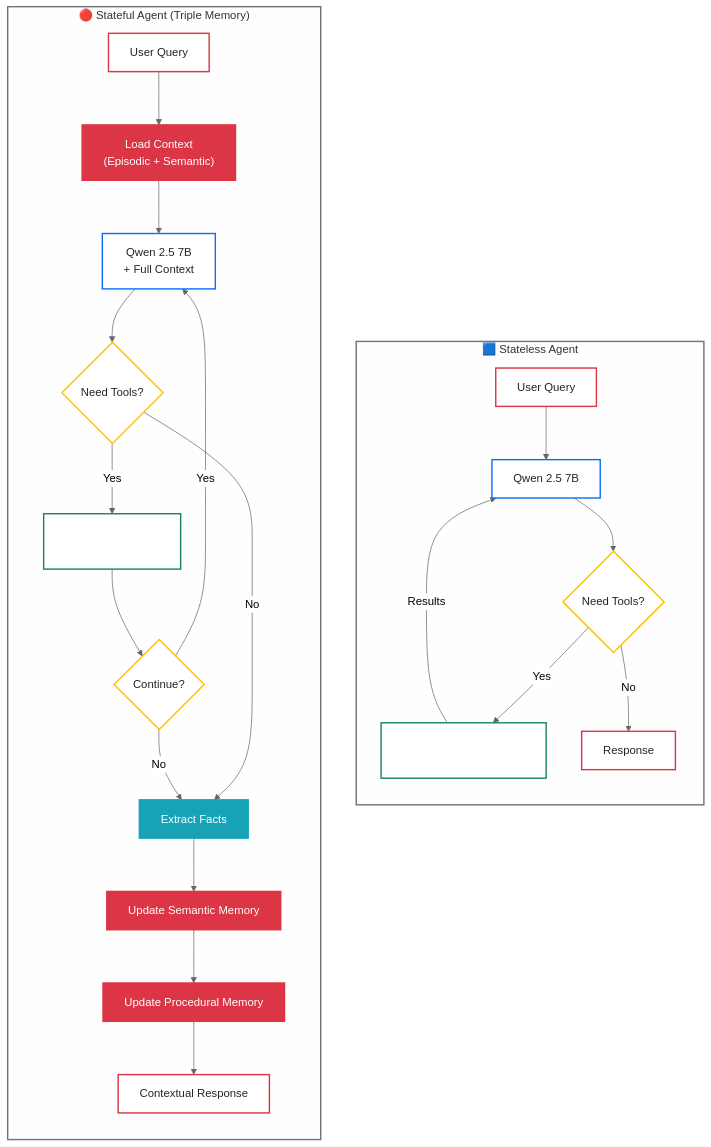
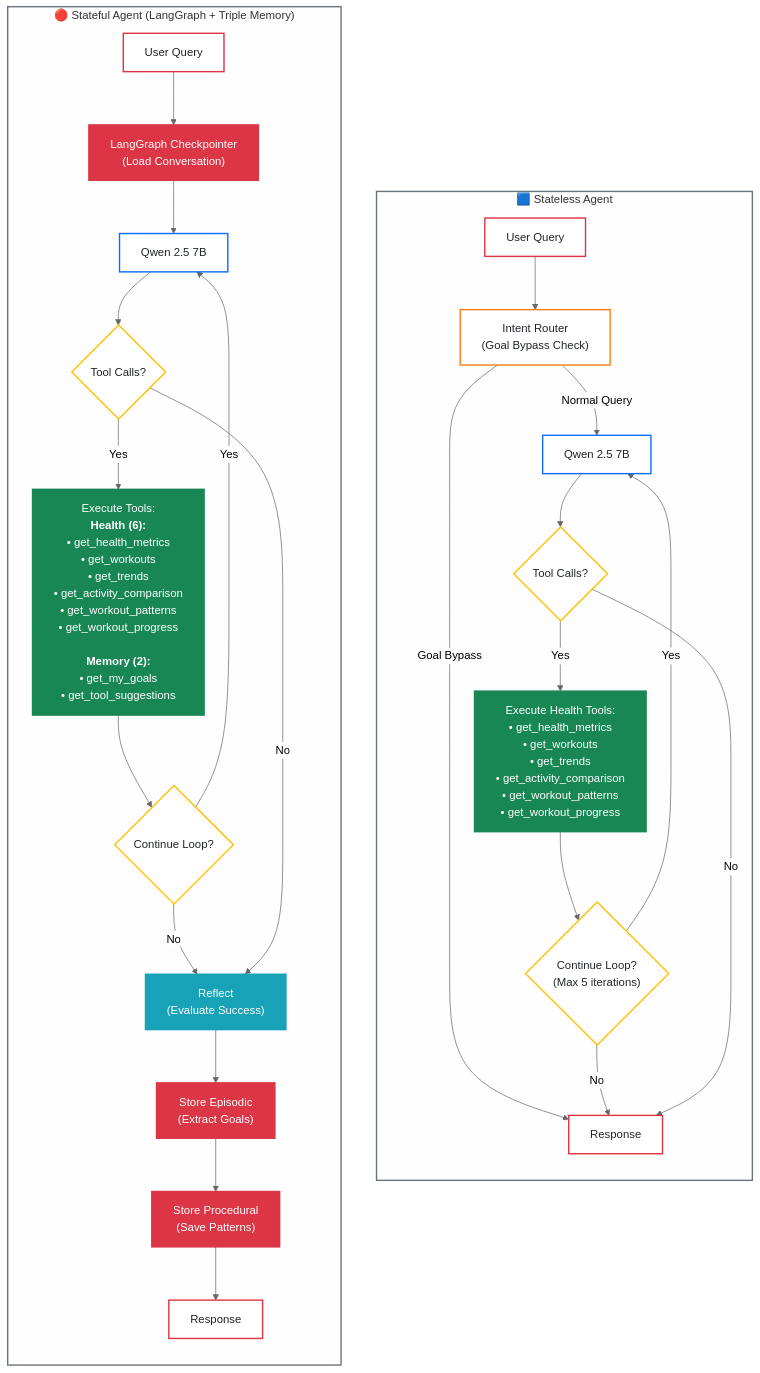
One commit to AllieRays/redis-wellness changed the diagram in README.md. Above: the diagram before and after it, drawn with Mermaid (neutral theme).

Commit message:
Updating readme adding make commands.

````diff
--- a/README.md
+++ b/README.md
@@ -60,54 +60,61 @@
 ```mermaid
 flowchart TB
     subgraph stateless["🟦 Stateless Agent"]
         direction TB
         S1["User Query"]:::start
-        S2["Qwen 2.5 7B"]:::llm
-        S3{"Need Tools?"}:::decision
-        S4["Tools Query<br/>Redis Health Data Store"]:::tool
-        S5["Response"]:::response
+        S2["Intent Router<br/>(Goal Bypass Check)"]:::router
+        S3["Qwen 2.5 7B"]:::llm
+        S4{"Tool Calls?"}:::decision
+        S5["Execute Health Tools:<br/>• get_health_metrics<br/>• get_workouts<br/>• get_trends<br/>• get_activity_comparison<br/>• get_workout_patterns<br/>• get_workout_progress"]:::tool
+        S6{"Continue Loop?<br/>(Max 5 iterations)"}:::decision
+        S7["Response"]:::response
 
         S1 --> S2
-        S2 --> S3
-        S3 -->|Yes| S4
-        S4 -->|"Results"| S2
-        S3 -->|No| S5
+        S2 -->|"Normal Query"| S3
+        S2 -->|"Goal Bypass"| S7
+        S3 --> S4
+        S4 -->|Yes| S5
+        S5 --> S6
+        S6 -->|Yes| S3
+        S6 -->|No| S7
+        S4 -->|No| S7
     end
 
-    subgraph stateful["🔴 Stateful Agent (Triple Memory)"]
+    subgraph stateful["🔴 Stateful Agent (LangGraph + Triple Memory)"]
         direction TB
         T1["User Query"]:::start
-        T2["Load Context<br/>(Episodic + Semantic)"]:::memory
-        T3["Qwen 2.5 7B<br/>+ Full Context"]:::llm
-        T4{"Need Tools?"}:::decision
-        T5["Execute Tools<br/>(Health + Memory)"]:::tool
-        T6{"Continue?"}:::decision
-        T7["Extract Facts"]:::reflect
-        T8["Update Semantic Memory"]:::memory
-        T9["Update Procedural Memory"]:::memory
-        T10["Contextual Response"]:::response
+        T2["LangGraph Checkpointer<br/>(Load Conversation)"]:::memory
+        T3["Qwen 2.5 7B"]:::llm
+        T4{"Tool Calls?"}:::decision
+        T5["Execute Tools:<br/><b>Health (6):</b><br/>• get_health_metrics<br/>• get_workouts<br/>• get_trends<br/>• get_activity_comparison<br/>• get_workout_patterns<br/>• get_workout_progress<br/><br/><b>Memory (2):</b><br/>• get_my_goals<br/>• get_tool_suggestions"]:::tool
+        T6{"Continue Loop?"}:::decision
+        T7["Reflect<br/>(Evaluate Success)"]:::reflect
+        T8["Store Episodic<br/>(Extract Goals)"]:::memory
+        T9["Store Procedural<br/>(Save Patterns)"]:::memory
+        T10["Response"]:::response
 
         T1 --> T2
         T2 --> T3
         T3 --> T4
         T4 -->|Yes| T5
         T5 --> T6
         T6 -->|Yes| T3
         T6 -->|No| T7
         T4 -->|No| T7
         T7 --> T8
         T8 --> T9
         T9 --> T10
     end
 
     classDef start fill:#fff,stroke:#dc3545,stroke-width:2px,color:#212529
+    classDef router fill:#fff,stroke:#fd7e14,stroke-width:2px,color:#212529
     classDef llm fill:#fff,stroke:#0d6efd,stroke-width:2px,color:#212529
     classDef decision fill:#fff,stroke:#ffc107,stroke-width:2px,color:#212529
-    classDef tool fill:#fff,stroke:#198754,stroke-width:2px,color:#fff
+    classDef tool fill:#198754,stroke:#198754,stroke-width:2px,color:#fff
     classDef memory fill:#dc3545,stroke:#dc3545,stroke-width:2px,color:#fff
     classDef reflect fill:#17a2b8,stroke:#17a2b8,stroke-width:2px,color:#fff
     classDef response fill:#fff,stroke:#dc3545,stroke-width:2px,color:#212529
 
     style stateless fill:#fefefe,stroke:#6c757d,stroke-width:2px
     style stateful fill:#fefefe,stroke:#6c757d,stroke-width:2px
 ```
````
